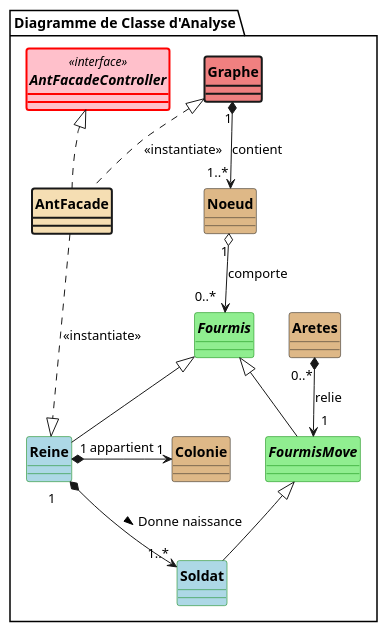
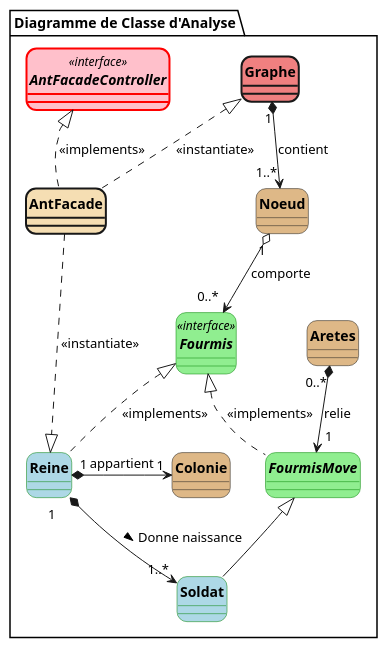
The diagram in plantUML/V1/Fourmis_DC_Analyse.puml (jvondermarck/ant-colony), drawn with PlantUML before and after one commit. The commit also changed 5 other files, not shown here.

Commit message:
MAJ Rapport + Les 3 UML

```diff
--- a/plantUML/V1/Fourmis_DC_Analyse.puml
+++ b/plantUML/V1/Fourmis_DC_Analyse.puml
@@ -1,47 +1,46 @@
 @startuml
 'https://plantuml.com/class-diagram
 
 skinparam style strictuml
 skinparam classAttributeIconSize 0
 skinparam classFontStyle Bold
+skinparam roundcorner 20
 hide enum methods
 
 package "Diagramme de Classe d'Analyse" <<Folder>> {
     interface AntFacadeController <<interface>> #pink ##[bold]red {}
 
     class Graphe #lightcoral;line.bold {}
 
     class Colonie #burlywood {}
 
     class Noeud #burlywood {}
 
     class AntFacade #back:Wheat;line.bold {}
 
     class Aretes #burlywood {}
 
-    abstract class Fourmis #lightgreen;line:green {}
+    interface Fourmis <<interface>> #lightgreen;line:green {}
 
     class Reine #lightblue;line:green {}
 
     abstract class FourmisMove #lightgreen;line:green {}
 
     class Soldat #lightblue;line:green {}
 }
 
-
-
-AntFacadeController <|.. AntFacade
+AntFacadeController <|.. AntFacade : <<implements>>
 AntFacade .up.|> Graphe : <<instantiate>>
 AntFacade ..|> Reine : <<instantiate>>
 
 Graphe "1" *--> "1..*" Noeud : contient
 
 FourmisMove "\t\t\t\t1" <--up* "0..*" Aretes : relie
 Reine "1" *-right> "1" Colonie : appartient
 Noeud "1" o--> "0..*\t" Fourmis : comporte
-Fourmis <|-- Reine
-Fourmis <|-- FourmisMove
+Fourmis <|.. Reine : <<implements>>
+Fourmis <|.. FourmisMove : <<implements>>
 FourmisMove <|-- Soldat
 Reine "\t\t\t\t\t\t1" *-> "1..*" Soldat : Donne naissance >
 
 @enduml
```
